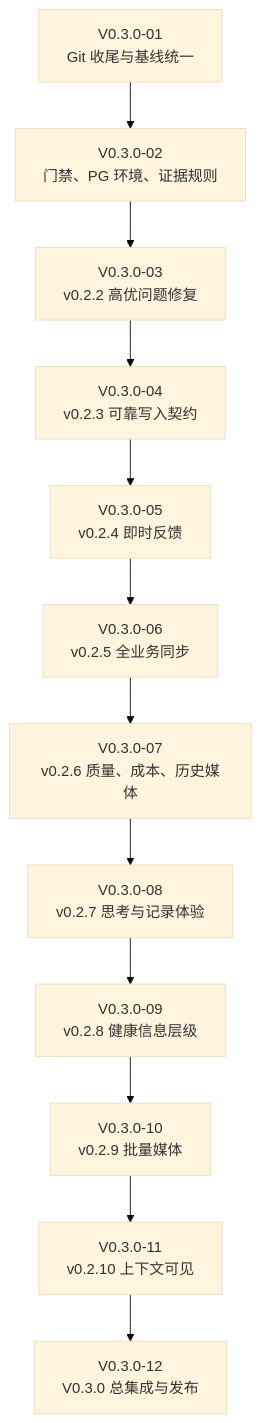
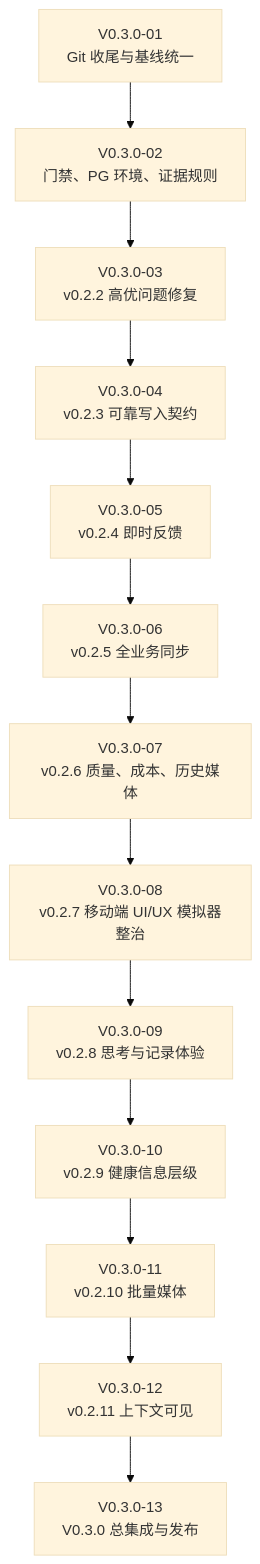
One commit to 77Liu/for-now changed the first of 3 diagrams in reports/iteration-plan-v0.3.0-2026-09-30.md. Above: the diagram before and after it, drawn with Mermaid (base theme). The commit also changed other lines of this file and 8 other files, not shown here.

````diff
--- a/reports/iteration-plan-v0.3.0-2026-09-30.md
+++ b/reports/iteration-plan-v0.3.0-2026-09-30.md
@@ -262,14 +275,15 @@
 ```mermaid
 flowchart TD
   CLOSE["V0.3.0-01\nGit 收尾与基线统一"] --> PROCESS["V0.3.0-02\n门禁、PG 环境、证据规则"]
   PROCESS --> V022["V0.3.0-03\nv0.2.2 高优问题修复"]
   V022 --> CONTRACT["V0.3.0-04\nv0.2.3 可靠写入契约"]
   CONTRACT --> FAST["V0.3.0-05\nv0.2.4 即时反馈"]
   FAST --> SYNC["V0.3.0-06\nv0.2.5 全业务同步"]
   SYNC --> QUALITY["V0.3.0-07\nv0.2.6 质量、成本、历史媒体"]
-  QUALITY --> THINK["V0.3.0-08\nv0.2.7 思考与记录体验"]
-  THINK --> HEALTH["V0.3.0-09\nv0.2.8 健康信息层级"]
-  HEALTH --> MEDIA["V0.3.0-10\nv0.2.9 批量媒体"]
-  MEDIA --> CONTEXT["V0.3.0-11\nv0.2.10 上下文可见"]
-  CONTEXT --> FINAL["V0.3.0-12\nV0.3.0 总集成与发布"]
+  QUALITY --> MOBILE["V0.3.0-08\nv0.2.7 移动端 UI/UX 模拟器整治"]
+  MOBILE --> THINK["V0.3.0-09\nv0.2.8 思考与记录体验"]
+  THINK --> HEALTH["V0.3.0-10\nv0.2.9 健康信息层级"]
+  HEALTH --> MEDIA["V0.3.0-11\nv0.2.10 批量媒体"]
+  MEDIA --> CONTEXT["V0.3.0-12\nv0.2.11 上下文可见"]
+  CONTEXT --> FINAL["V0.3.0-13\nV0.3.0 总集成与发布"]
 ```
````
